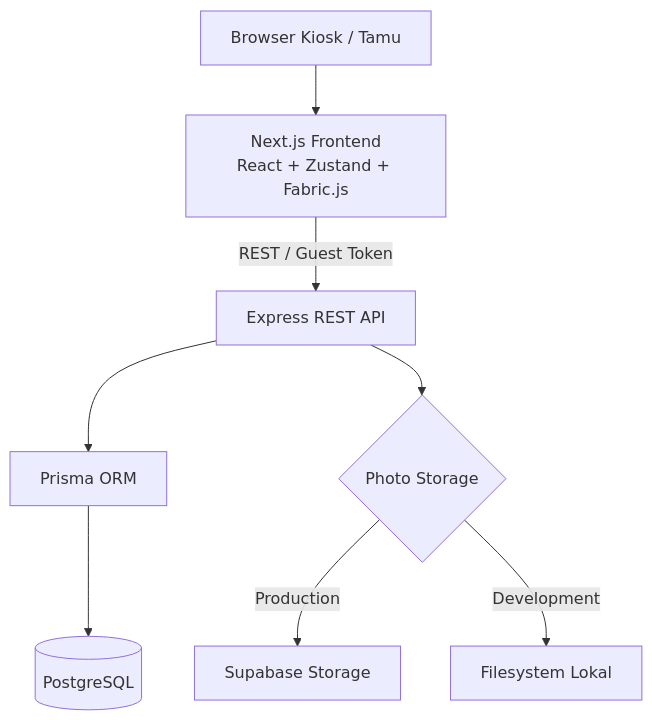
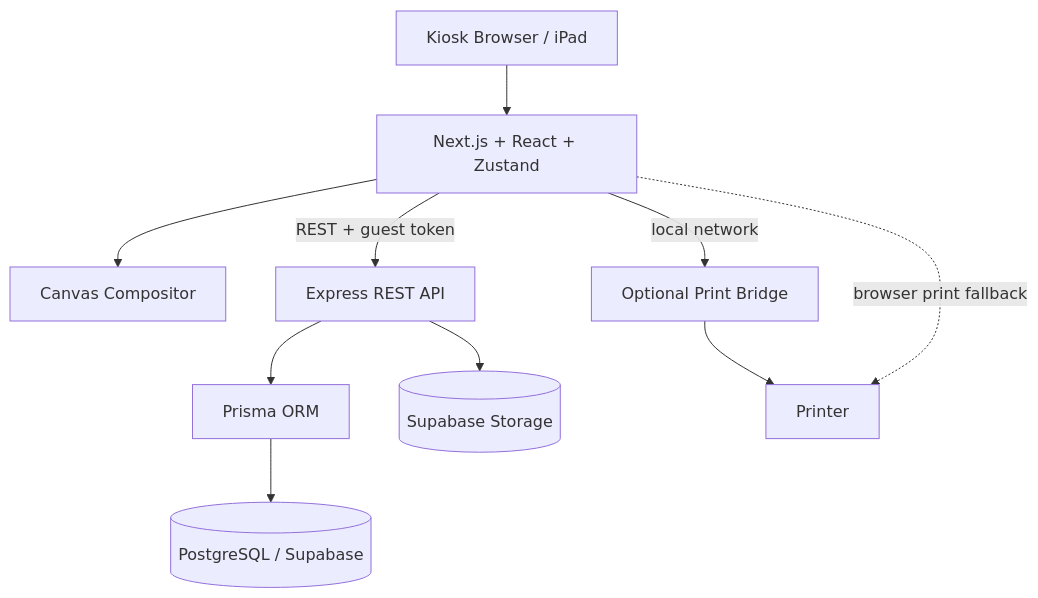
Before and after one commit to tegokkk/PHOTOBOOTH1: the second of 2 diagrams in README.md, drawn with Mermaid. The commit also changed other lines of this file and 2 other files, not shown here.

````diff
--- a/README.md
+++ b/README.md
@@ -59,19 +96,20 @@
 ```mermaid
 flowchart TB
-    U[Browser Kiosk / Tamu]
-    F[Next.js Frontend\nReact + Zustand + Fabric.js]
+    K[Kiosk Browser / iPad]
+    F[Next.js + React + Zustand]
+    C[Canvas Compositor]
     A[Express REST API]
     P[Prisma ORM]
-    D[(PostgreSQL)]
-    S{Photo Storage}
-    SB[Supabase Storage]
-    FS[Filesystem Lokal]
+    D[(PostgreSQL / Supabase)]
+    S[(Supabase Storage)]
+    B[Optional Print Bridge]
+    R[Printer]
 
-    U --> F
-    F -->|REST / Guest Token| A
-    A --> P
-    P --> D
+    K --> F
+    F --> C
+    F -->|REST + guest token| A
+    A --> P --> D
     A --> S
-    S -->|Production| SB
-    S -->|Development| FS
+    F -->|local network| B --> R
+    F -. browser print fallback .-> R
 ```
````
